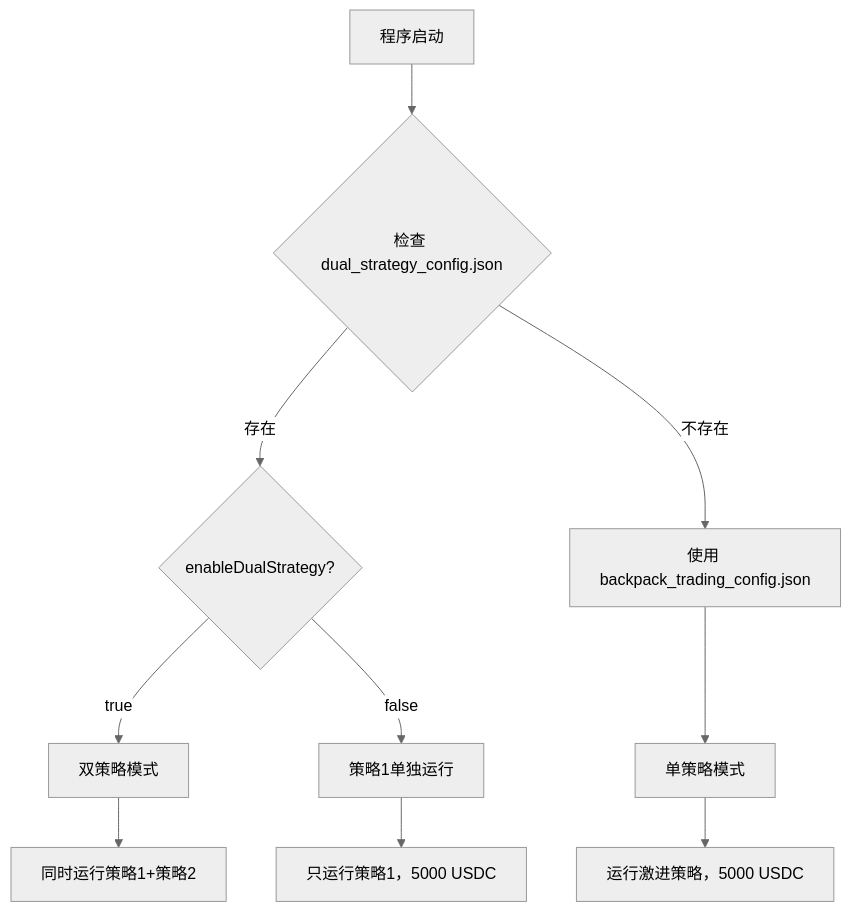
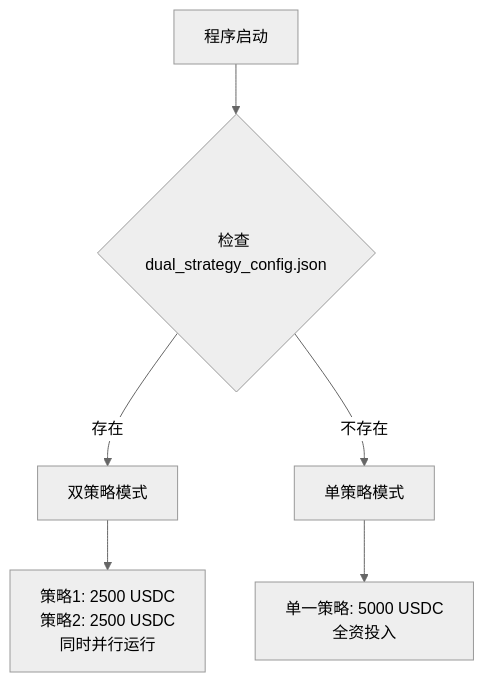
One commit to xmrjun/mading2 changed the diagram in README.md. Above: the diagram before and after it, drawn with Mermaid (neutral theme). The commit also changed other lines of this file, not shown here.

````diff
--- a/README.md
+++ b/README.md
@@ -216,13 +218,9 @@
 ```mermaid
 graph TD
     A[程序启动] --> B{检查 dual_strategy_config.json}
-    B -->|存在| C{enableDualStrategy?}
-    B -->|不存在| F[使用 backpack_trading_config.json]
-    C -->|true| D[双策略模式]
-    C -->|false| E[策略1单独运行]
-    F --> G[单策略模式]
+    B -->|存在| C[双策略模式]
+    B -->|不存在| D[单策略模式]
     
-    D --> H[同时运行策略1+策略2]
-    E --> I[只运行策略1，5000 USDC]
-    G --> J[运行激进策略，5000 USDC]
+    C --> E[策略1: 2500 USDC<br/>策略2: 2500 USDC<br/>同时并行运行]
+    D --> F[单一策略: 5000 USDC<br/>全资投入]
 ```
````
